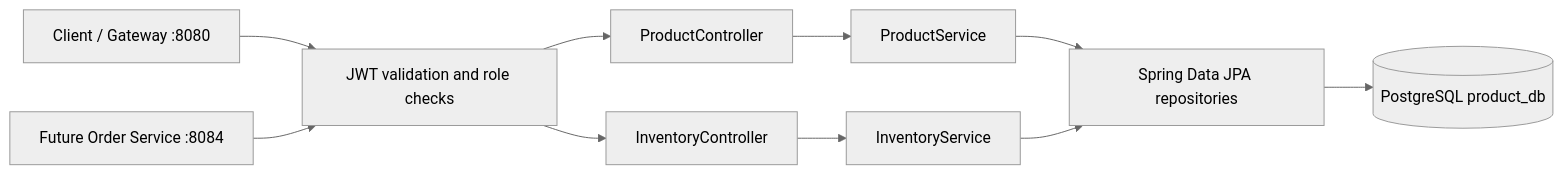
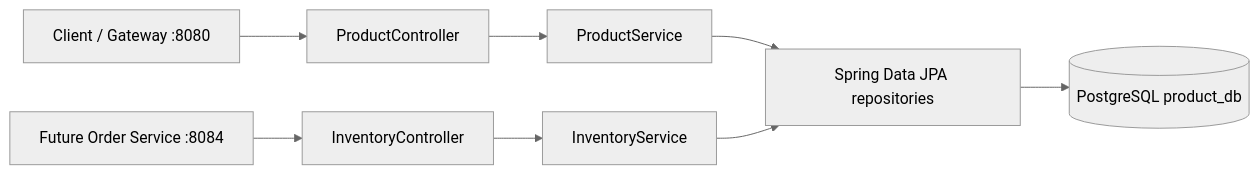
Before and after one commit to janandlead/product-service: the diagram in README.md, drawn with Mermaid (neutral theme). The commit also changed other lines of this file and 22 other files, not shown here.

Commit message:
Remove JWT security and update project documentation

````diff
--- a/README.md
+++ b/README.md
@@ -32,12 +32,10 @@
 ```mermaid
 flowchart LR
-  Client[Client / Gateway :8080] --> Security[JWT validation and role checks]
-  Order[Future Order Service :8084] --> Security
-  Security --> PC[ProductController]
-  Security --> IC[InventoryController]
+  Client[Client / Gateway :8080] --> PC[ProductController]
+  Order[Future Order Service :8084] --> IC[InventoryController]
   PC --> PS[ProductService]
   IC --> IS[InventoryService]
   PS --> Repositories[Spring Data JPA repositories]
   IS --> Repositories
   Repositories --> DB[(PostgreSQL product_db)]
 ```
````
